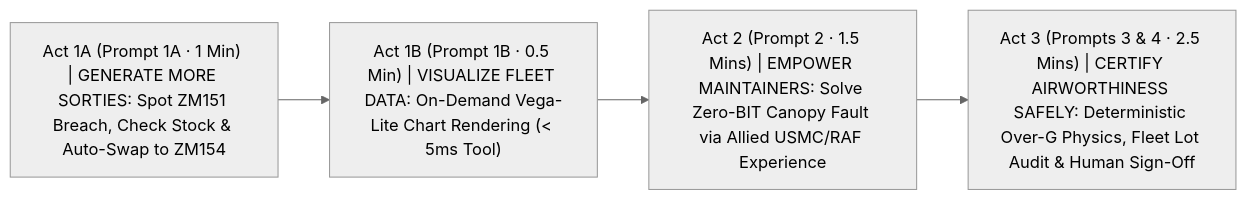
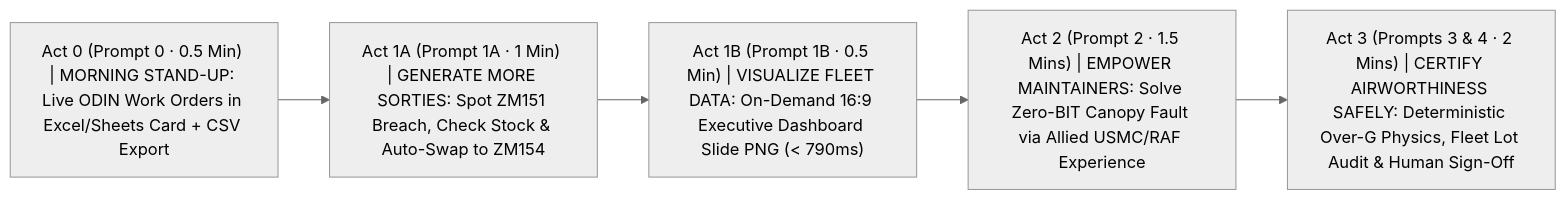
Before and after one commit to edwardsda-prog/f35: the first of 5 diagrams in DEMO_STORYBOARD.md, drawn with Mermaid (neutral theme). The commit also changed other lines of this file and 2 other files, not shown here.

Commit message:
docs: update SA_F35.md (v1.3) with on-the-fly chart painter, GCS slide links, and storyboard alignment

````diff
--- a/DEMO_STORYBOARD.md
+++ b/DEMO_STORYBOARD.md
@@ -29,6 +29,7 @@
 ```mermaid
 flowchart LR
-    A1A["Act 1A (Prompt 1A · 1 Min) | GENERATE MORE SORTIES: Spot ZM151 Breach, Check Stock & Auto-Swap to ZM154"] --> A1B["Act 1B (Prompt 1B · 0.5 Min) | VISUALIZE FLEET DATA: On-Demand Vega-Lite Chart Rendering (< 5ms Tool)"]
+    A0["Act 0 (Prompt 0 · 0.5 Min) | MORNING STAND-UP: Live ODIN Work Orders in Excel/Sheets Card + CSV Export"] --> A1A["Act 1A (Prompt 1A · 1 Min) | GENERATE MORE SORTIES: Spot ZM151 Breach, Check Stock & Auto-Swap to ZM154"]
+    A1A --> A1B["Act 1B (Prompt 1B · 0.5 Min) | VISUALIZE FLEET DATA: On-Demand 16:9 Executive Dashboard Slide PNG (< 790ms)"]
     A1B --> A2["Act 2 (Prompt 2 · 1.5 Mins) | EMPOWER MAINTAINERS: Solve Zero-BIT Canopy Fault via Allied USMC/RAF Experience"]
-    A2 --> A3["Act 3 (Prompts 3 & 4 · 2.5 Mins) | CERTIFY AIRWORTHINESS SAFELY: Deterministic Over-G Physics, Fleet Lot Audit & Human Sign-Off"]
+    A2 --> A3["Act 3 (Prompts 3 & 4 · 2 Mins) | CERTIFY AIRWORTHINESS SAFELY: Deterministic Over-G Physics, Fleet Lot Audit & Human Sign-Off"]
 ```
````
